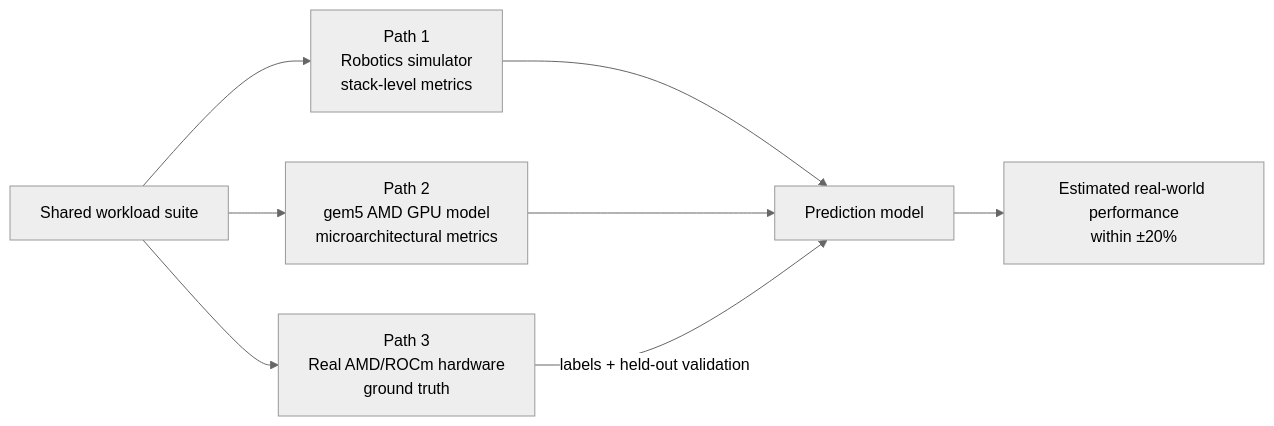
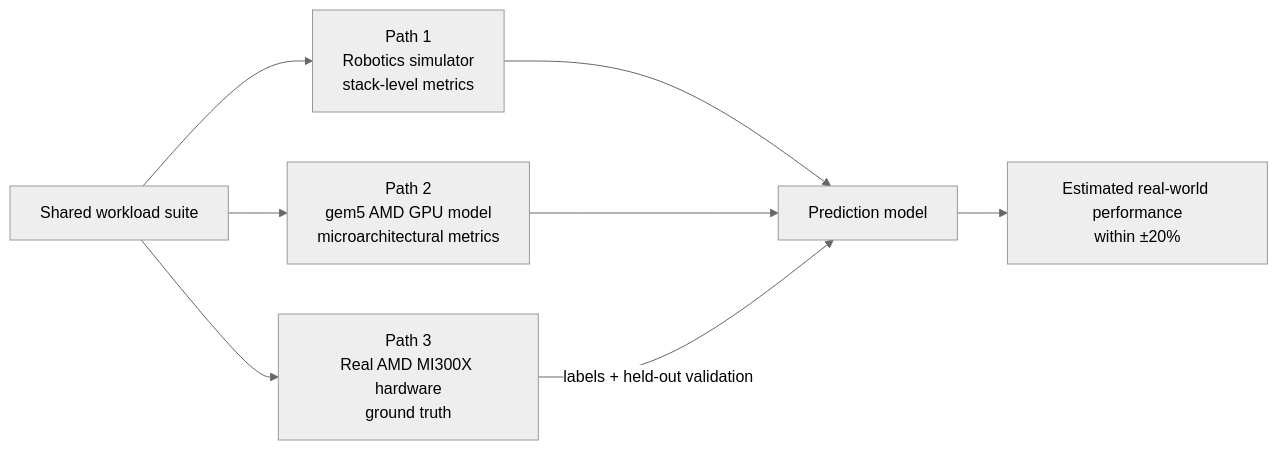
The diagram in my-notes/my-objective-refined.md (learnnshare/my-work-related), drawn with Mermaid (neutral theme) before and after one commit. The commit also changed other lines of this file, not shown here.

First line of the commit message:
Target MI300X for ground truth; add MI300 product-line reference section

````diff
--- a/my-notes/my-objective-refined.md
+++ b/my-notes/my-objective-refined.md
@@ -53,10 +58,10 @@
 ```mermaid
 flowchart LR
     W["Shared workload suite"] --> P1["Path 1<br/>Robotics simulator<br/>stack-level metrics"]
     W --> P2["Path 2<br/>gem5 AMD GPU model<br/>microarchitectural metrics"]
-    W --> P3["Path 3<br/>Real AMD/ROCm hardware<br/>ground truth"]
+    W --> P3["Path 3<br/>Real AMD MI300X hardware<br/>ground truth"]
     P1 --> M["Prediction model"]
     P2 --> M
     P3 -- "labels + held-out validation" --> M
     M --> O["Estimated real-world performance<br/>within ±20%"]
 ```
````
